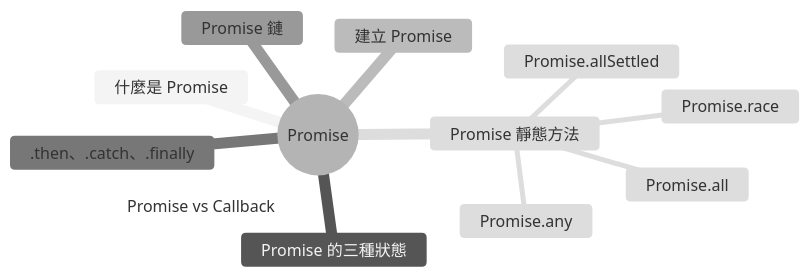
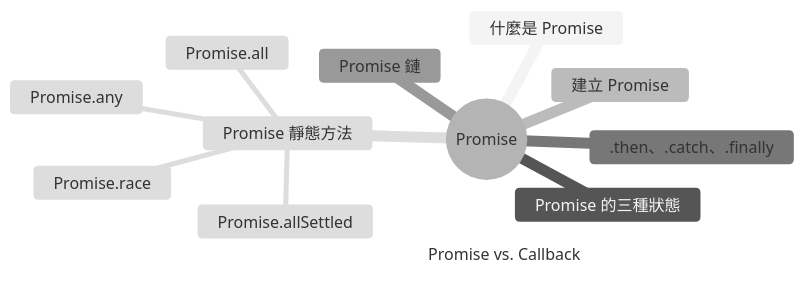
One commit to Charmying/blog changed the first of 2 diagrams in src/posts/zh-TW/javascript-promise.mdx. Above: the diagram before and after it, drawn with Mermaid (neutral theme). The commit also changed other lines of this file and 41 other files, not shown here.

````diff
--- a/src/posts/zh-TW/javascript-promise.mdx
+++ b/src/posts/zh-TW/javascript-promise.mdx
@@ -14,15 +14,15 @@
 ```mermaid
 mindmap
   	root((Promise))
     	什麼是 Promise
     	Promise 的三種狀態
     	建立 Promise
     	.then、.catch、.finally
     	Promise 鏈
     	Promise 靜態方法
       		Promise.all
       		Promise.allSettled
       		Promise.race
       		Promise.any
-    	Promise vs Callback
+    	Promise vs. Callback
 ```
````
